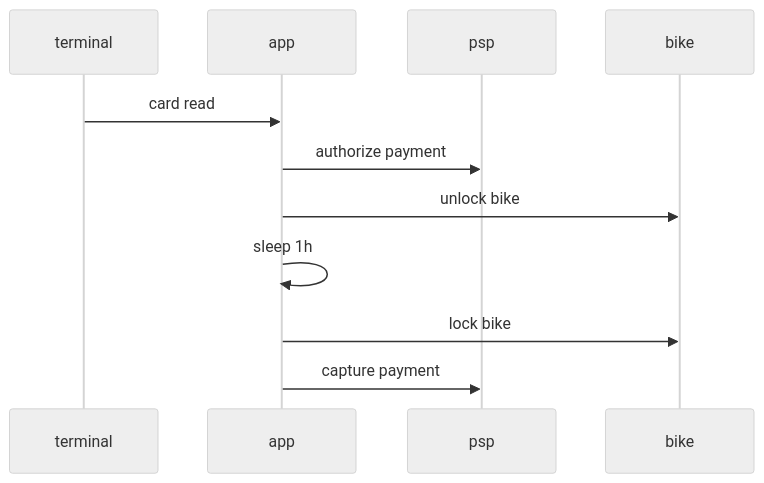
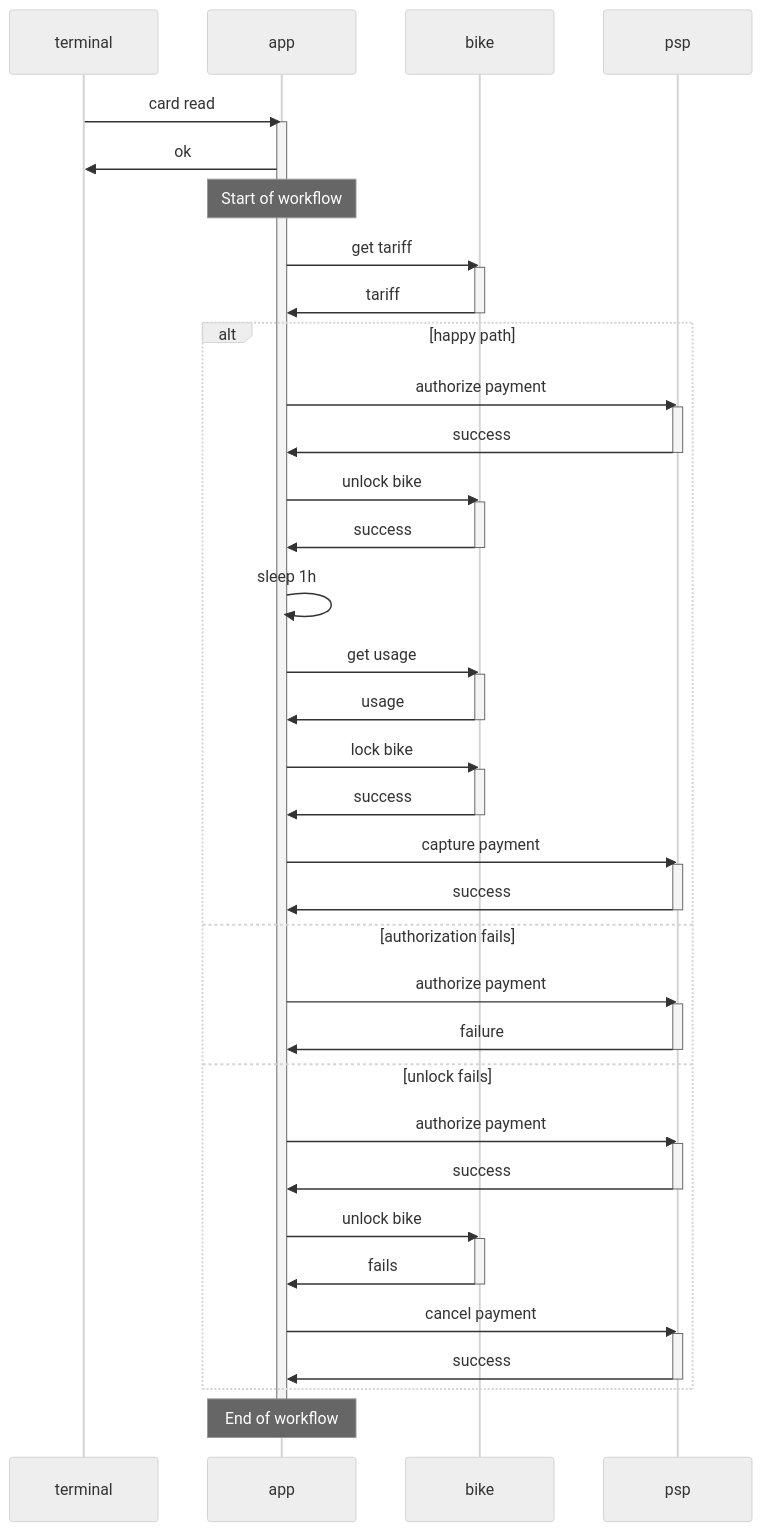
One commit to ferromir/durable-execution-node changed the diagram in README.md. Above: the diagram before and after it, drawn with Mermaid (neutral theme). The commit also changed other lines of this file, not shown here.

````diff
--- a/README.md
+++ b/README.md
@@ -61,9 +1,72 @@
 ```mermaid
 sequenceDiagram
   terminal ->> app: card read
-  app ->> psp: authorize payment
-  app ->> bike: unlock bike
-  app ->> app: sleep 1h
-  app ->> bike: lock bike
-  app ->> psp: capture payment
+  activate app
+  app ->> terminal: ok
+
+  note over app: Start of workflow
+
+  app ->> bike: get tariff
+  activate bike
+  bike ->> app: tariff
+  deactivate bike
+
+  alt happy path
+
+    app ->> psp: authorize payment
+    activate psp
+    psp ->> app: success
+    deactivate psp
+
+    app ->> bike: unlock bike
+    activate bike
+    bike ->> app: success
+    deactivate bike
+
+    app ->> app: sleep 1h
+
+    app ->> bike: get usage
+    activate bike
+    bike ->> app: usage
+    deactivate bike
+
+    app ->> bike: lock bike
+    activate bike
+    bike ->> app: success
+    deactivate bike
+
+    app ->> psp: capture payment
+    activate psp
+    psp ->> app: success
+    deactivate psp
+
+  else authorization fails
+
+    app ->> psp: authorize payment
+    activate psp
+    psp ->> app: failure
+    deactivate psp
+
+  else unlock fails
+
+    app ->> psp: authorize payment
+    activate psp
+    psp ->> app: success
+    deactivate psp
+
+    app ->> bike: unlock bike
+    activate bike
+    bike ->> app: fails
+    deactivate bike
+
+    app ->> psp: cancel payment
+    activate psp
+    psp ->> app: success
+    deactivate psp
+
+  end
+
+  note over app: End of workflow
+
+  deactivate app
 ```
````
